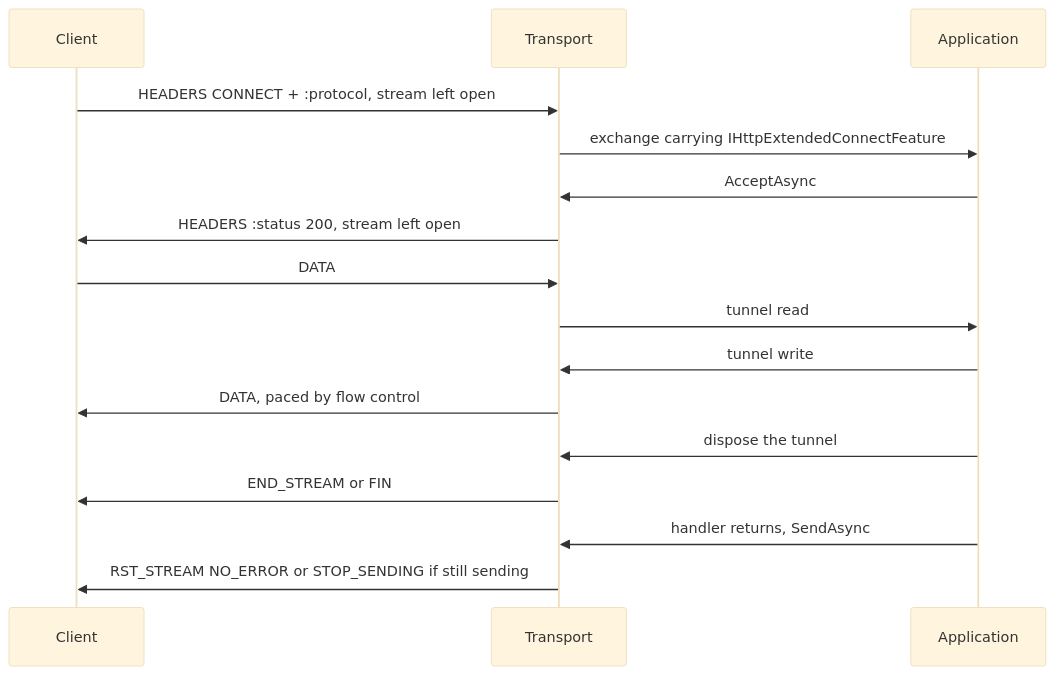
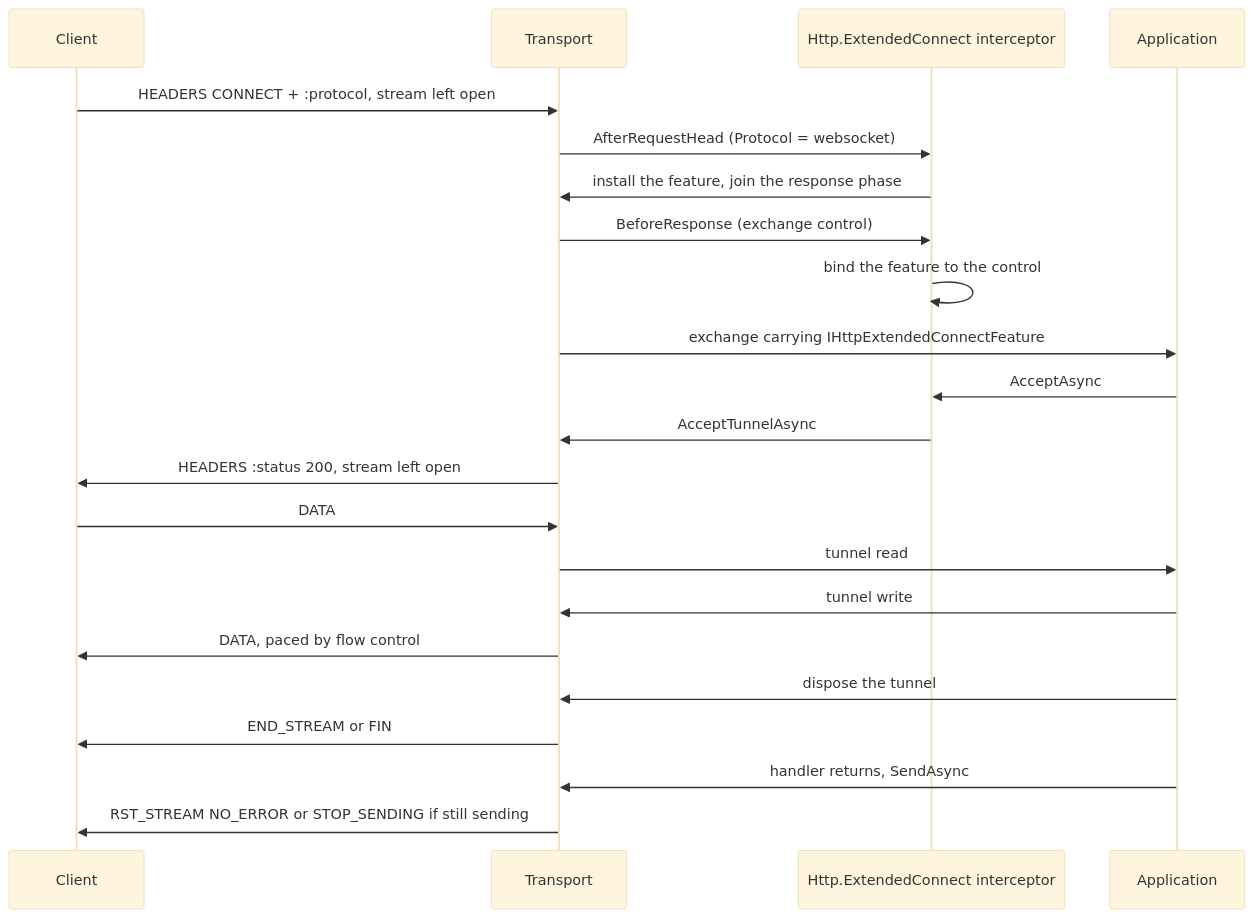
Before and after one commit to assimalign/cohesion-docs: the diagram in docs/dotnet-apis/libraries/http/assimalign-cohesion-http-connections/design.md, drawn with Mermaid (base theme). The commit also changed other lines of this file and 14 other files, not shown here.

````diff
--- a/docs/dotnet-apis/libraries/http/assimalign-cohesion-http-connections/design.md
+++ b/docs/dotnet-apis/libraries/http/assimalign-cohesion-http-connections/design.md
@@ -435,18 +526,24 @@
 ```mermaid
 sequenceDiagram
     participant Client
     participant Transport
+    participant Ext as Http.ExtendedConnect interceptor
     participant App as Application
     Client->>Transport: HEADERS CONNECT + :protocol, stream left open
+    Transport->>Ext: AfterRequestHead (Protocol = websocket)
+    Ext->>Transport: install the feature, join the response phase
+    Transport->>Ext: BeforeResponse (exchange control)
+    Ext->>Ext: bind the feature to the control
     Transport->>App: exchange carrying IHttpExtendedConnectFeature
-    App->>Transport: AcceptAsync
+    App->>Ext: AcceptAsync
+    Ext->>Transport: AcceptTunnelAsync
     Transport->>Client: HEADERS :status 200, stream left open
     Client->>Transport: DATA
     Transport->>App: tunnel read
     App->>Transport: tunnel write
     Transport->>Client: DATA, paced by flow control
     App->>Transport: dispose the tunnel
     Transport->>Client: END_STREAM or FIN
     App->>Transport: handler returns, SendAsync
     Transport->>Client: RST_STREAM NO_ERROR or STOP_SENDING if still sending
 ```
````
